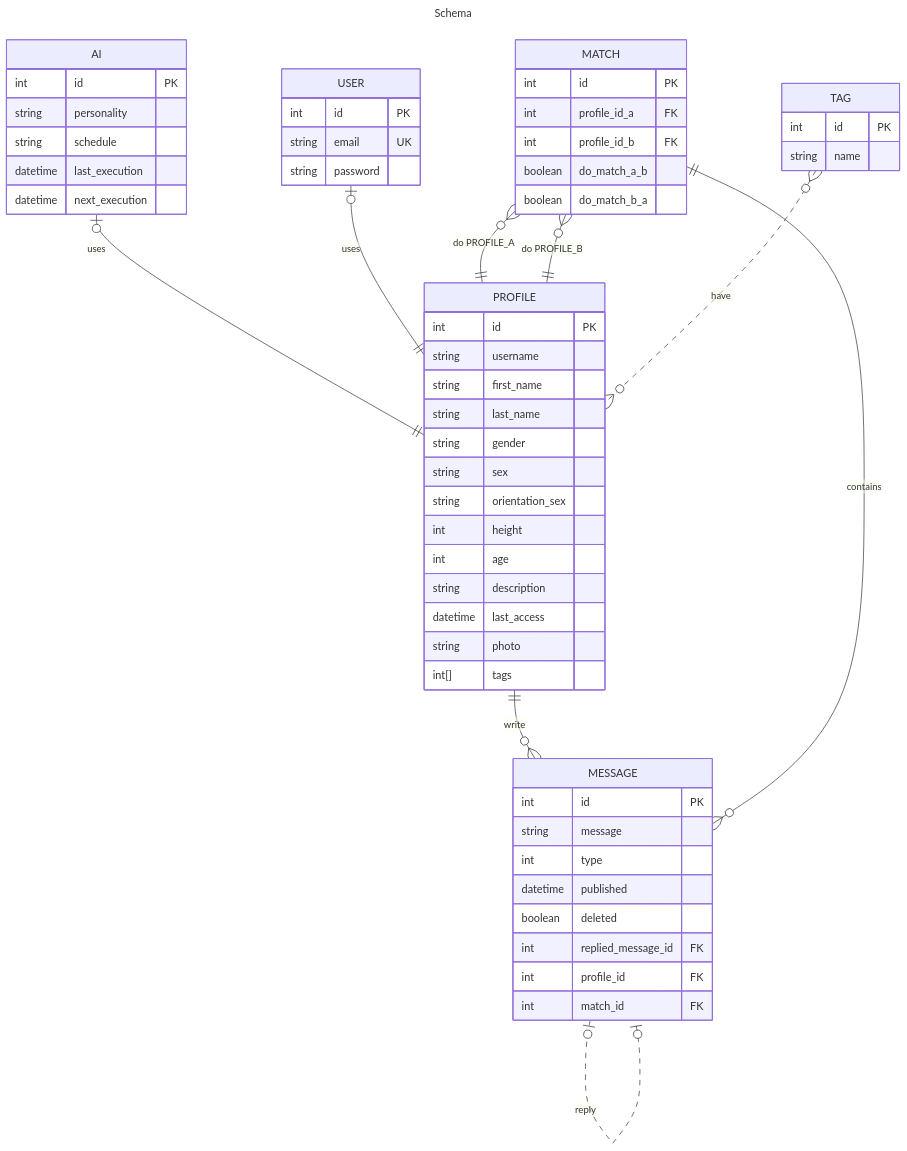
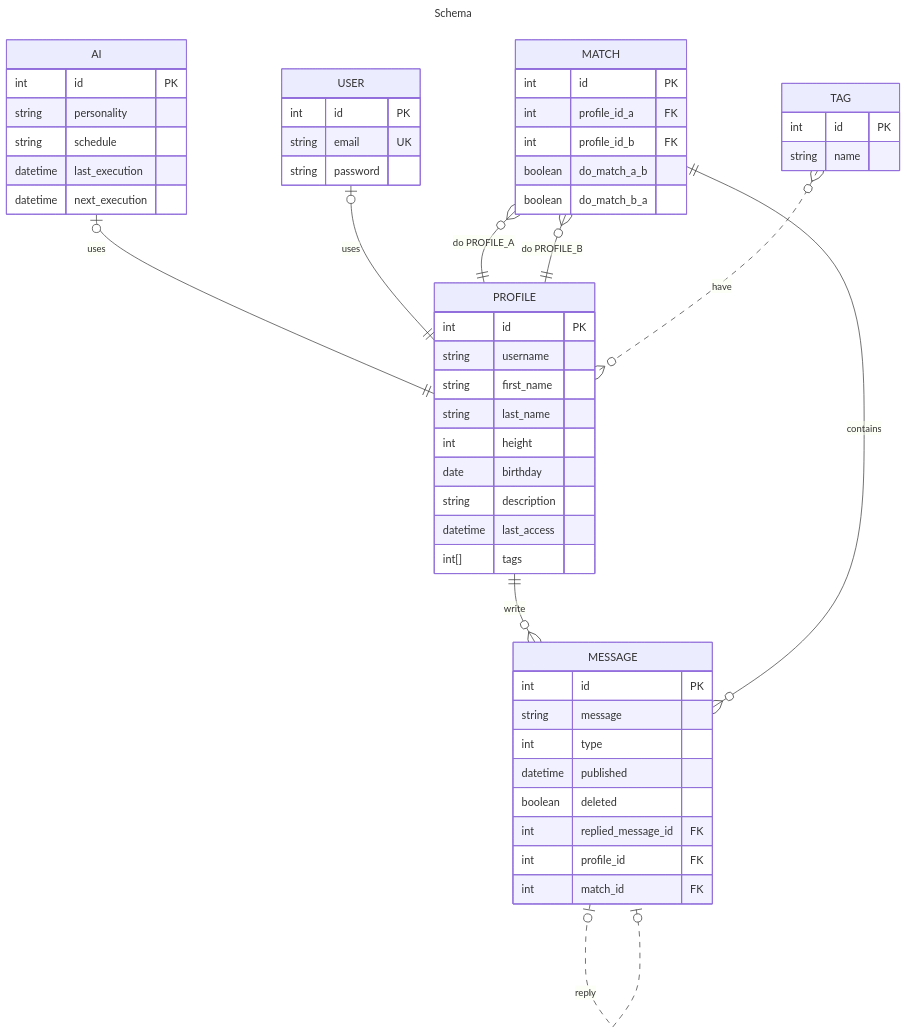
The diagram in docs/schema.md (MaribelSR/tAInder), drawn with Mermaid before and after one commit.

Commit message:
docs: Modify profile entity

````diff
--- a/docs/schema.md
+++ b/docs/schema.md
@@ -1,68 +1,64 @@
 ```mermaid
 ---
 title: Schema
 ---
 erDiagram
     PROFILE ||--o{ MESSAGE : write
     MESSAGE |o..o| MESSAGE : reply
     AI |o--|| PROFILE : uses
     USER |o--|| PROFILE : uses
     MATCH }o--|| PROFILE : "do PROFILE_A"
     MATCH }o--|| PROFILE : "do PROFILE_B"
     MATCH ||--o{ MESSAGE : contains
     TAG }o..o{ PROFILE : have
 
     PROFILE {
         int id PK
         string username
         string first_name
         string last_name
-        string gender
-        string sex
-        string orientation_sex
         int height
-        int age
+        date birthday
         string description
         datetime last_access
-        string photo
         int[] tags
     }
 
     USER {
         int id PK
         string email UK
         string password
     }
 
     AI {
         int id PK
         string personality
         string schedule
         datetime last_execution
         datetime next_execution
     }
     
     MATCH {
         int id PK
         int profile_id_a FK
         int profile_id_b FK
         boolean do_match_a_b
         boolean do_match_b_a
     }
 
     MESSAGE {
         int id PK
         string message
         int type
         datetime published
         boolean deleted
         int replied_message_id FK 
         int profile_id FK
         int match_id FK
     }
     
     TAG {
         int id PK
         string name
     }
 ```
````
